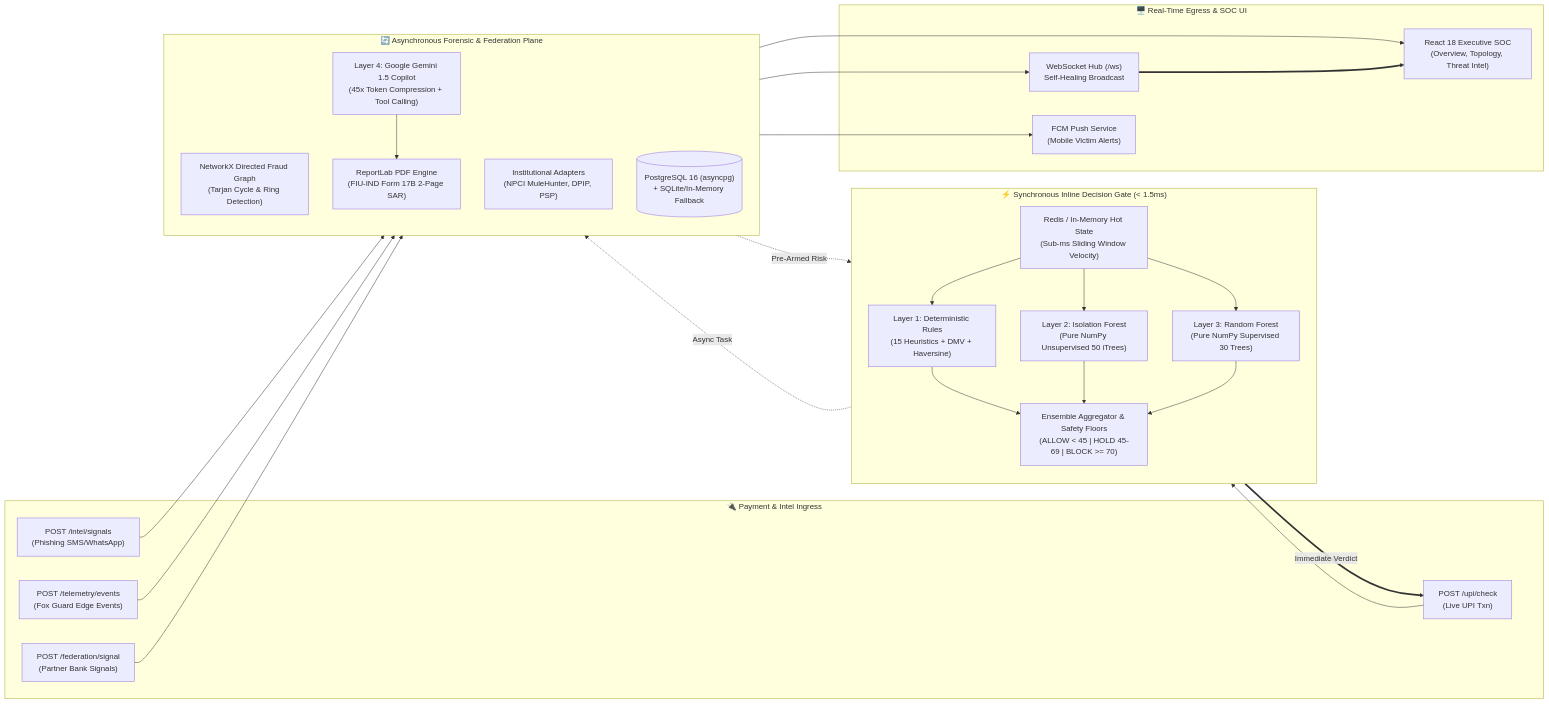
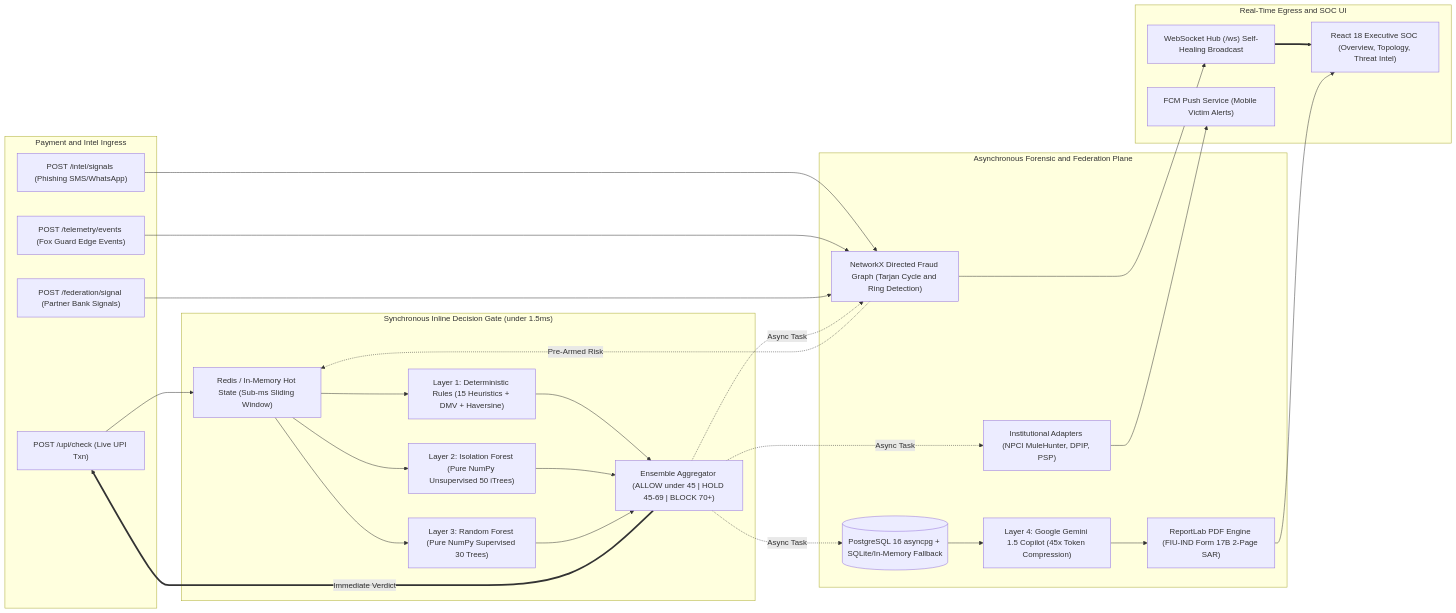
One commit to 404Avinash/SAMPATI_V2 changed the third of 4 diagrams in README.md. Above: the diagram before and after it, drawn with Mermaid. The commit also changed other lines of this file, not shown here.

Commit message:
fix(readme): fix mermaid flowchart syntax for github parser compatibility

````diff
--- a/README.md
+++ b/README.md
@@ -156,45 +154,54 @@
 ```mermaid
 flowchart LR
-    subgraph Ingress["🔌 Payment & Intel Ingress"]
-        TX["POST /upi/check<br/>(Live UPI Txn)"]
-        INTEL["POST /intel/signals<br/>(Phishing SMS/WhatsApp)"]
-        TELEM["POST /telemetry/events<br/>(Fox Guard Edge Events)"]
-        FED_IN["POST /federation/signal<br/>(Partner Bank Signals)"]
+    subgraph Ingress["Payment and Intel Ingress"]
+        TX["POST /upi/check (Live UPI Txn)"]
+        INTEL["POST /intel/signals (Phishing SMS/WhatsApp)"]
+        TELEM["POST /telemetry/events (Fox Guard Edge Events)"]
+        FED_IN["POST /federation/signal (Partner Bank Signals)"]
     end
 
-    subgraph InlineGate["⚡ Synchronous Inline Decision Gate (< 1.5ms)"]
-        direction TB
-        HOT["Redis / In-Memory Hot State<br/>(Sub-ms Sliding Window Velocity)"]
-        L1["Layer 1: Deterministic Rules<br/>(15 Heuristics + DMV + Haversine)"]
-        L2["Layer 2: Isolation Forest<br/>(Pure NumPy Unsupervised 50 iTrees)"]
-        L3["Layer 3: Random Forest<br/>(Pure NumPy Supervised 30 Trees)"]
-        ENS["Ensemble Aggregator & Safety Floors<br/>(ALLOW < 45 | HOLD 45-69 | BLOCK >= 70)"]
+    subgraph InlineGate["Synchronous Inline Decision Gate (under 1.5ms)"]
+        HOT["Redis / In-Memory Hot State (Sub-ms Sliding Window)"]
+        L1["Layer 1: Deterministic Rules (15 Heuristics + DMV + Haversine)"]
+        L2["Layer 2: Isolation Forest (Pure NumPy Unsupervised 50 iTrees)"]
+        L3["Layer 3: Random Forest (Pure NumPy Supervised 30 Trees)"]
+        ENS["Ensemble Aggregator (ALLOW under 45 | HOLD 45-69 | BLOCK 70+)"]
         
-        HOT --> L1 & L2 & L3
-        L1 & L2 & L3 --> ENS
+        HOT --> L1
+        HOT --> L2
+        HOT --> L3
+        L1 --> ENS
+        L2 --> ENS
+        L3 --> ENS
     end
 
-    subgraph AsyncPlane["🔄 Asynchronous Forensic & Federation Plane"]
-        direction TB
-        NX["NetworkX Directed Fraud Graph<br/>(Tarjan Cycle & Ring Detection)"]
-        ADAPT["Institutional Adapters<br/>(NPCI MuleHunter, DPIP, PSP)"]
-        DB[("PostgreSQL 16 (asyncpg)<br/>+ SQLite/In-Memory Fallback")]
-        GEMINI["Layer 4: Google Gemini 1.5 Copilot<br/>(45x Token Compression + Tool Calling)"]
-        SAR["ReportLab PDF Engine<br/>(FIU-IND Form 17B 2-Page SAR)"]
+    subgraph AsyncPlane["Asynchronous Forensic and Federation Plane"]
+        NX["NetworkX Directed Fraud Graph (Tarjan Cycle and Ring Detection)"]
+        ADAPT["Institutional Adapters (NPCI MuleHunter, DPIP, PSP)"]
+        DB[("PostgreSQL 16 asyncpg + SQLite/In-Memory Fallback")]
+        GEMINI["Layer 4: Google Gemini 1.5 Copilot (45x Token Compression)"]
+        SAR["ReportLab PDF Engine (FIU-IND Form 17B 2-Page SAR)"]
     end
 
-    subgraph Egress["🖥️ Real-Time Egress & SOC UI"]
-        WS["WebSocket Hub (/ws)<br/>Self-Healing Broadcast"]
-        FCM["FCM Push Service<br/>(Mobile Victim Alerts)"]
-        SPA["React 18 Executive SOC<br/>(Overview, Topology, Threat Intel)"]
+    subgraph Egress["Real-Time Egress and SOC UI"]
+        WS["WebSocket Hub (/ws) Self-Healing Broadcast"]
+        FCM["FCM Push Service (Mobile Victim Alerts)"]
+        SPA["React 18 Executive SOC (Overview, Topology, Threat Intel)"]
     end
 
-    TX --> InlineGate
-    INTEL & TELEM & FED_IN --> NX
+    TX --> HOT
+    INTEL --> NX
+    TELEM --> NX
+    FED_IN --> NX
     NX -.->|"Pre-Armed Risk"| HOT
     ENS ==>|"Immediate Verdict"| TX
-    ENS -.->|"Async Task"| AsyncPlane
-    AsyncPlane --> WS & FCM
+    ENS -.->|"Async Task"| NX
+    ENS -.->|"Async Task"| DB
+    ENS -.->|"Async Task"| ADAPT
+    NX --> WS
+    ADAPT --> FCM
     WS ==> SPA
-    GEMINI --> SAR --> SPA
+    DB --> GEMINI
+    GEMINI --> SAR
+    SAR --> SPA
 ```
````
